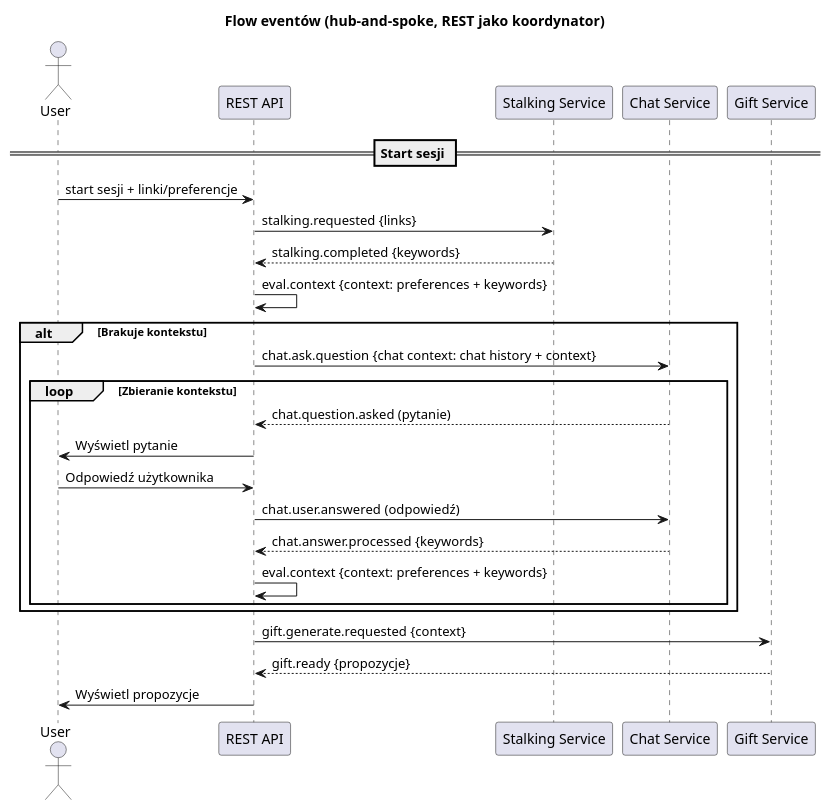
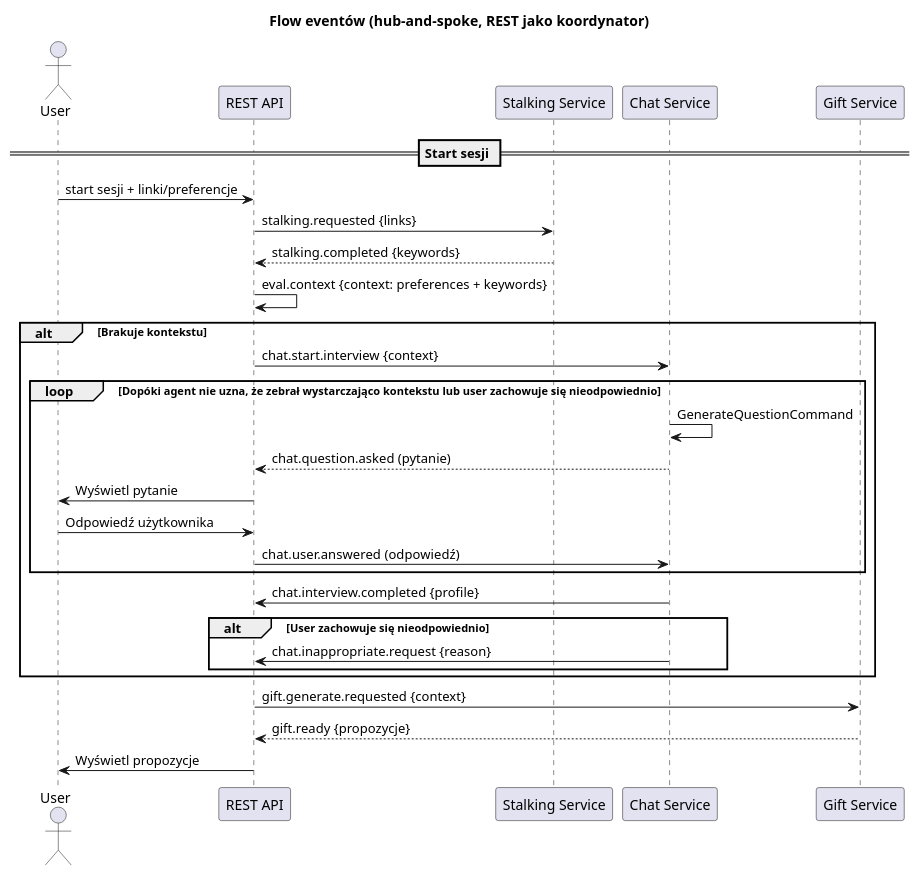
Before and after one commit to Generacja-Cuzi/ai-present-finder: the diagram in docs/sequence_diagram/diagram.puml, drawn with PlantUML. The commit also changed 114 other files, not shown here.

First line of the commit message:
feat(chat): actually integrate chatbot poc into microservices and refactor event flow (#28)

```diff
--- a/docs/sequence_diagram/diagram.puml
+++ b/docs/sequence_diagram/diagram.puml
@@ -1,34 +1,37 @@
 @startuml sequence_diagram
 title Flow eventów (hub-and-spoke, REST jako koordynator)
 
 actor User as U
 participant "REST API" as REST
 participant "Stalking Service" as STALK
 participant "Chat Service" as CHAT
 participant "Gift Service" as GIFT
 
 == Start sesji ==
 U -> REST: start sesji + linki/preferencje
 REST -> STALK: stalking.requested {links}
 
 STALK --> REST: stalking.completed {keywords}
 
 REST -> REST: eval.context {context: preferences + keywords}
 
 alt Brakuje kontekstu
-  REST -> CHAT: chat.ask.question {chat context: chat history + context}
-  loop Zbieranie kontekstu
+  REST -> CHAT: chat.start.interview {context}
+  loop Dopóki agent nie uzna, że zebrał wystarczająco kontekstu lub user zachowuje się nieodpowiednio
+    CHAT -> CHAT: GenerateQuestionCommand
     CHAT --> REST: chat.question.asked (pytanie)
     REST -> U: Wyświetl pytanie
     U -> REST: Odpowiedź użytkownika
     REST -> CHAT: chat.user.answered (odpowiedź)
-    CHAT --> REST: chat.answer.processed {keywords}
-    REST -> REST: eval.context {context: preferences + keywords}
+  end
+  CHAT -> REST: chat.interview.completed {profile}
+  alt User zachowuje się nieodpowiednio
+    CHAT -> REST: chat.inappropriate.request {reason}
   end
 end
 
 REST -> GIFT: gift.generate.requested {context}
 GIFT --> REST: gift.ready {propozycje}
 REST -> U: Wyświetl propozycje
 
 @enduml
```
